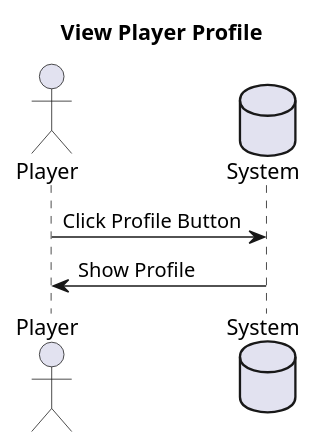
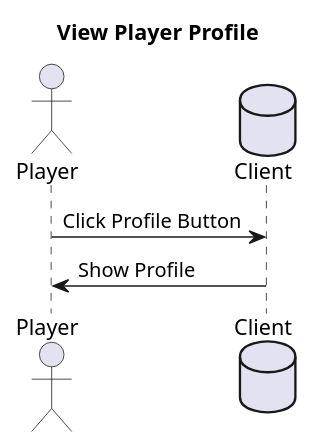
The diagram in docs/sequence_diagrams/view_profile.puml (TINF21CS1/TicTacToeKojote), drawn with PlantUML before and after one commit. The commit also changed 8 other files, not shown here.

Commit message:
Docs(sequence_diagrams): Renamed Server to Client to fit language in other docs

```diff
--- a/docs/sequence_diagrams/view_profile.puml
+++ b/docs/sequence_diagrams/view_profile.puml
@@ -1,10 +1,10 @@
 @startuml
 title View Player Profile
 
 actor Player
-database System
+database Client
 
-Player->System: Click Profile Button
-System->Player: Show Profile
+Player->Client: Click Profile Button
+Client->Player: Show Profile
 
 @enduml
```
